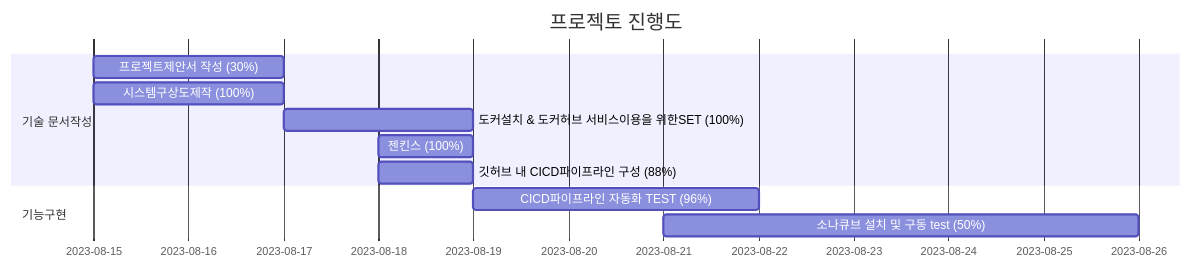
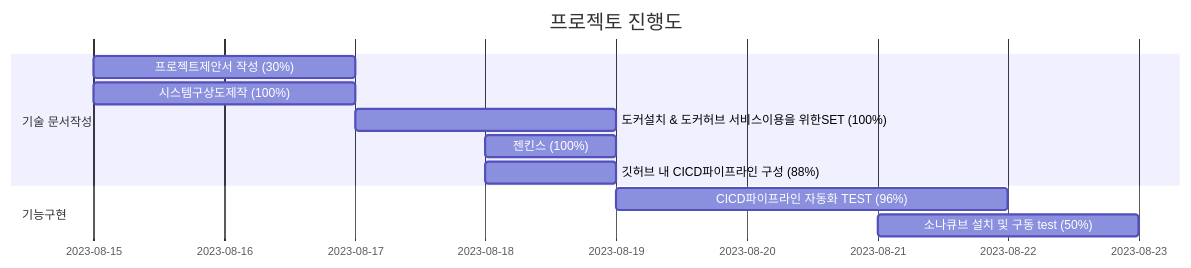
Before and after one commit to SEOMW/project: the diagram in README.md, drawn with Mermaid.

````diff
--- a/README.md
+++ b/README.md
@@ -4,15 +4,15 @@
 ```mermaid
 gantt
     title 프로젝토 진행도
     dateFormat  YYYY-MM-DD
     section 기술 문서작성
     프로젝트제안서 작성 (30%) : a1, 2023-8-15, 2d
     시스템구상도제작 (100%) : 2023-8-15, 2d
     도커설치 & 도커허브 서비스이용을 위한SET (100%) : 2023-8-17, 2d
     젠킨스 (100%) : 2023-8-18, 1d
     깃허브 내 CICD파이프라인 구성 (88%) : 2023-8-18, 1d
 
     section 기능구현
     CICD파이프라인 자동화 TEST (96%) : 2023-8-19,  3d
-    소나큐브 설치 및 구동 test (50%) : 2023-8-21  , 5d
+    소나큐브 설치 및 구동 test (50%) : 2023-8-21, 2d
 ```
````
